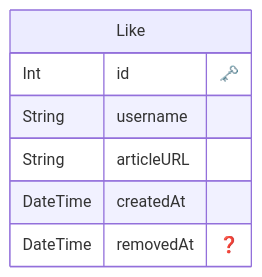
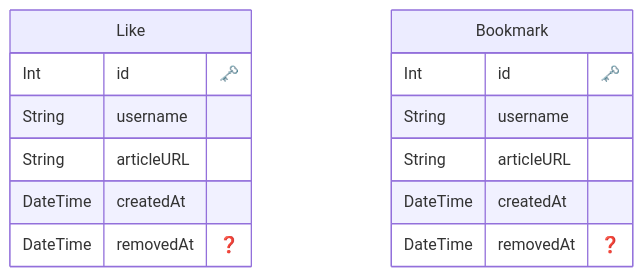
One commit to illionillion/tech-museum changed the diagram in prisma/ERD.md. Above: the diagram before and after it, drawn with Mermaid.

Commit message:
chore: ER図を更新

````diff
--- a/prisma/ERD.md
+++ b/prisma/ERD.md
@@ -1,12 +1,21 @@
 ```mermaid
 erDiagram
 
   "Like" {
     Int id "🗝️"
-    String username
-    String articleURL
-    DateTime createdAt
+    String username 
+    String articleURL 
+    DateTime createdAt 
     DateTime removedAt "❓"
     }
+  
 
+  "Bookmark" {
+    Int id "🗝️"
+    String username 
+    String articleURL 
+    DateTime createdAt 
+    DateTime removedAt "❓"
+    }
+  
 ```
````
